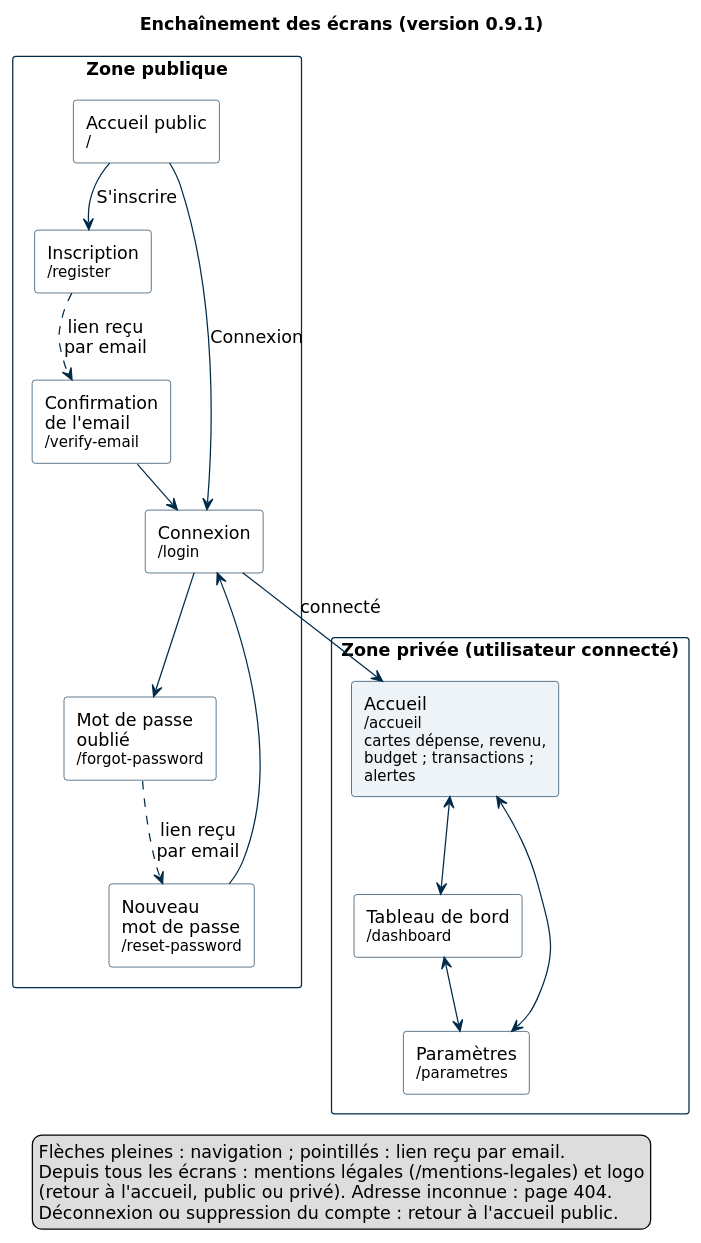
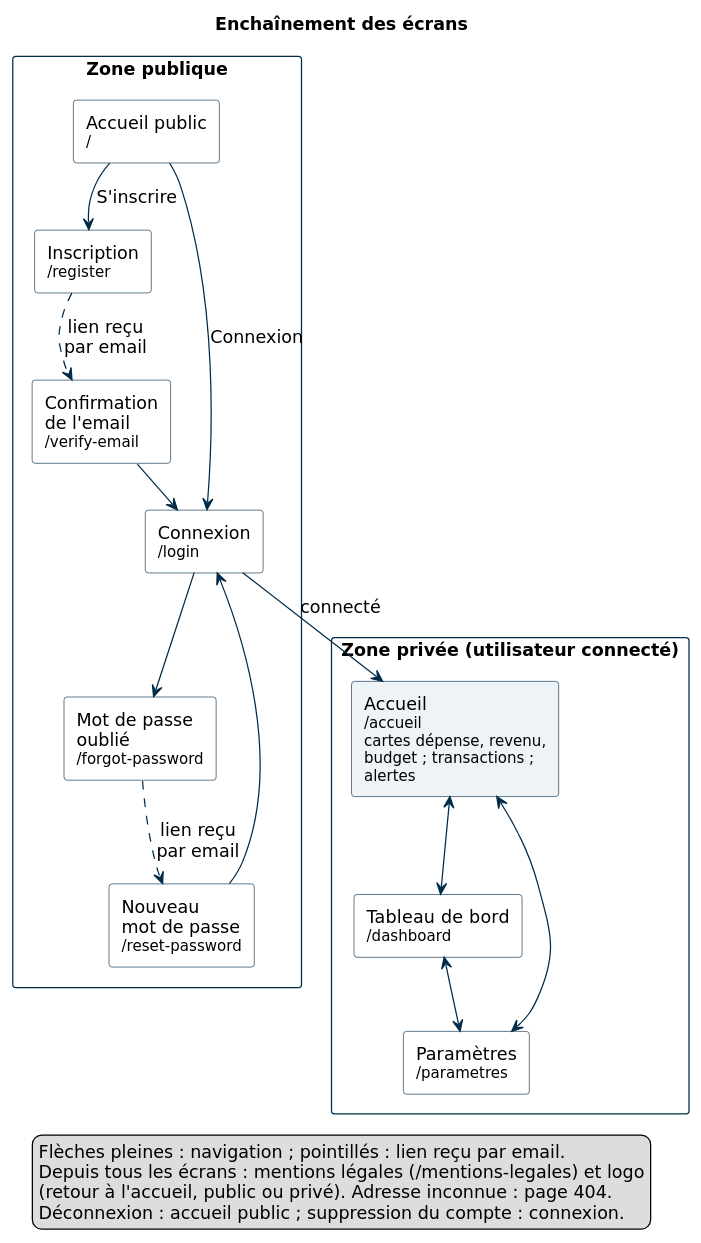
Before and after one commit to MehdiCherki/Lapince: the diagram in docs/diagrammes/enchainement-ecrans.puml, drawn with PlantUML. The commit also changed 4 other files, not shown here.

First line of the commit message:
docs(diagrams): screen flow title without version, legend matches the code

```diff
--- a/docs/diagrammes/enchainement-ecrans.puml
+++ b/docs/diagrammes/enchainement-ecrans.puml
@@ -1,53 +1,53 @@
 @startuml enchainement-ecrans
-' Schéma d'enchaînement des écrans de La Pince (0.9.1), avec les chemins réels (apps/client/src/router).
+' Schéma d'enchaînement des écrans de La Pince, avec les chemins réels (apps/client/src/router).
 ' L'arborescence du sprint 0 (avril 2026) est dans le dossier de juillet ; celui-ci reflète l'application livrée.
 
 skinparam defaultFontName "DejaVu Sans"
 skinparam defaultFontSize 14
 skinparam shadowing false
 skinparam ranksep 35
 skinparam nodesep 25
 skinparam packageStyle rectangle
 skinparam rectangle {
   BackgroundColor #FFFFFF
   BorderColor #002B49
 }
 skinparam ArrowColor #002B49
 
-title Enchaînement des écrans (version 0.9.1)
+title Enchaînement des écrans
 
 package "Zone publique" {
   rectangle "Accueil public\n<size:12>/</size>" as landing
   rectangle "Inscription\n<size:12>/register</size>" as register
   rectangle "Connexion\n<size:12>/login</size>" as login
   rectangle "Confirmation\nde l'email\n<size:12>/verify-email</size>" as verify
   rectangle "Mot de passe\noublié\n<size:12>/forgot-password</size>" as forgot
   rectangle "Nouveau\nmot de passe\n<size:12>/reset-password</size>" as reset
 }
 
 package "Zone privée (utilisateur connecté)" {
   rectangle "Accueil\n<size:12>/accueil</size>\n<size:12>cartes dépense, revenu,</size>\n<size:12>budget ; transactions ;</size>\n<size:12>alertes</size>" as accueil #EEF3F7
   rectangle "Tableau de bord\n<size:12>/dashboard</size>" as dashboard
   rectangle "Paramètres\n<size:12>/parametres</size>" as parametres
 }
 
 landing --> register : S'inscrire
 landing --> login : Connexion
 register ..> verify : lien reçu\npar email
 verify --> login
 login --> forgot
 forgot ..> reset : lien reçu\npar email
 reset --> login
 login --> accueil : connecté
 accueil <--> dashboard
 accueil <--> parametres
 dashboard <--> parametres
 
 legend bottom
   Flèches pleines : navigation ; pointillés : lien reçu par email.
   Depuis tous les écrans : mentions légales (/mentions-legales) et logo
   (retour à l'accueil, public ou privé). Adresse inconnue : page 404.
-  Déconnexion ou suppression du compte : retour à l'accueil public.
+  Déconnexion : accueil public ; suppression du compte : connexion.
 endlegend
 
 @enduml
```
